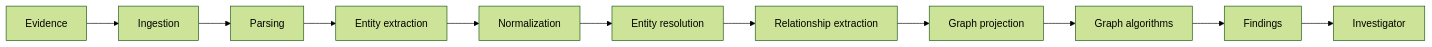
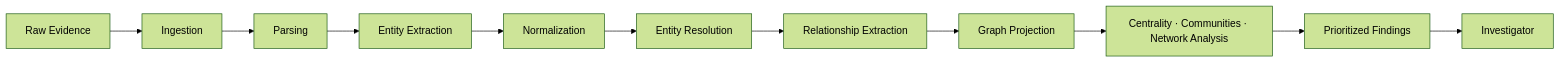
Before and after one commit to 0xhroot/cybersaarthi: the third of 4 diagrams in README.md, drawn with Mermaid (forest theme). The commit also changed other lines of this file and 13 other files, not shown here.

````diff
--- a/README.md
+++ b/README.md
@@ -220,6 +222,6 @@
 ```mermaid
 flowchart LR
-    E["Evidence"] --> A["Ingestion"] --> B["Parsing"] --> C["Entity extraction"]
-    C --> D["Normalization"] --> R["Entity resolution"] --> X["Relationship extraction"]
-    X --> P["Graph projection"] --> G["Graph algorithms"] --> F["Findings"] --> I["Investigator"]
+    E["Raw Evidence"] --> A["Ingestion"] --> B["Parsing"] --> C["Entity Extraction"]
+    C --> D["Normalization"] --> R["Entity Resolution"] --> X["Relationship Extraction"]
+    X --> P["Graph Projection"] --> G["Centrality · Communities · Network Analysis"] --> F["Prioritized Findings"] --> I["Investigator"]
 ```
````
